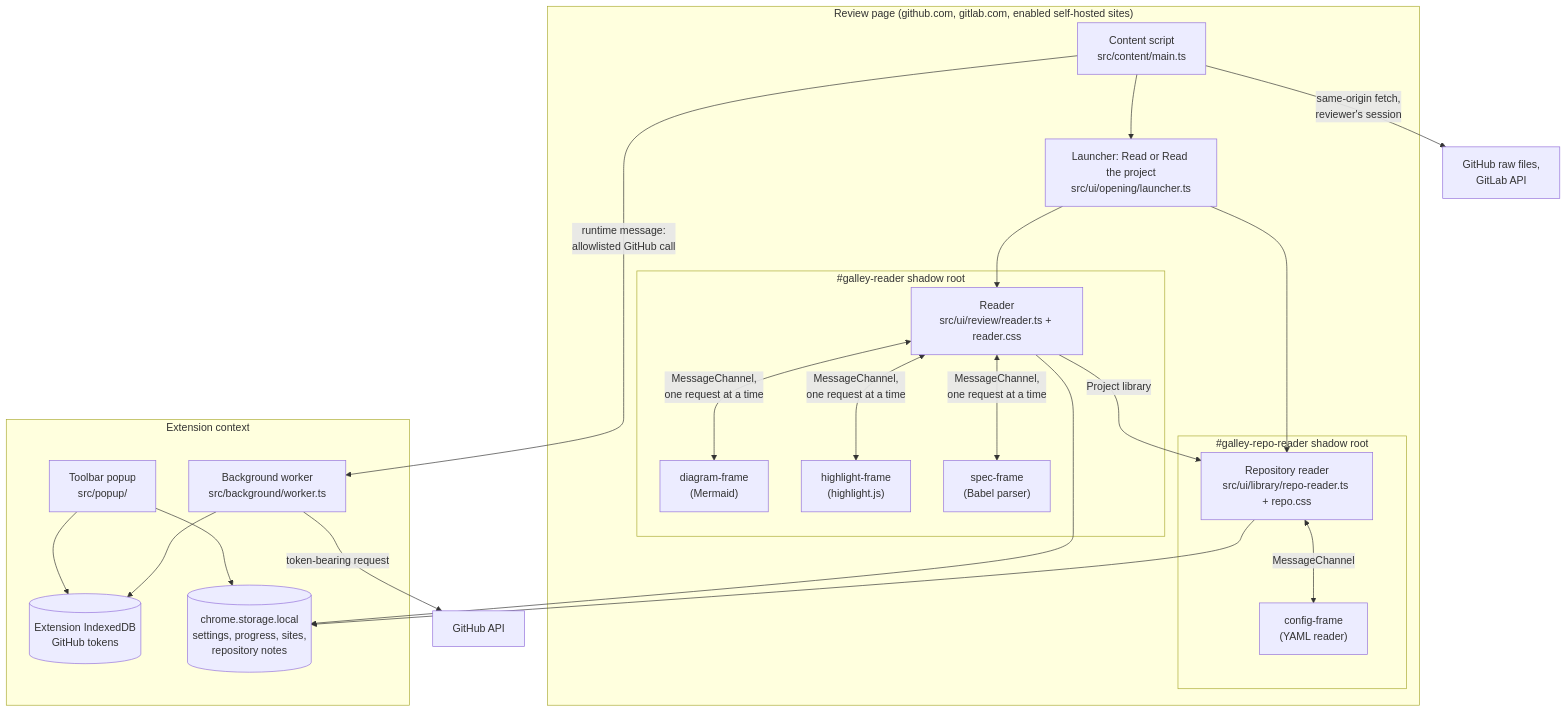
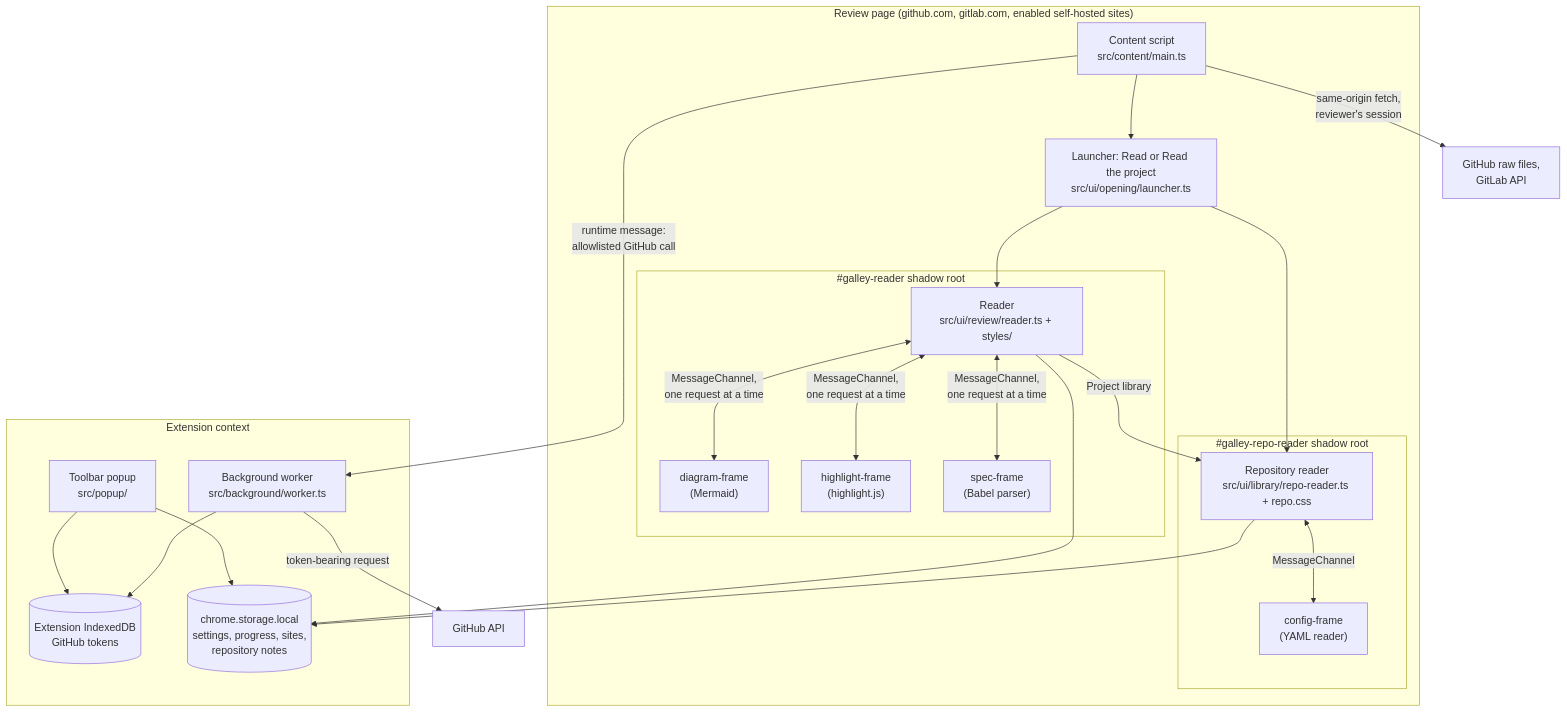
The second of 5 diagrams in docs/architecture/README.md (m9sh/galley), drawn with Mermaid before and after one commit. The commit also changed other lines of this file and 42 other files, not shown here.

First line of the commit message:
refactor(reader): split reader.css into ordered sections

````diff
--- a/docs/architecture/README.md
+++ b/docs/architecture/README.md
@@ -31,36 +31,36 @@
 ```mermaid
 flowchart TB
   subgraph Page["Review page (github.com, gitlab.com, enabled self-hosted sites)"]
     CS["Content script<br/>src/content/main.ts"]
     L["Launcher: Read or Read the project<br/>src/ui/opening/launcher.ts"]
     subgraph Shadow["#galley-reader shadow root"]
-      RD["Reader<br/>src/ui/review/reader.ts + reader.css"]
+      RD["Reader<br/>src/ui/review/reader.ts + styles/"]
       DF["diagram-frame<br/>(Mermaid)"]
       HF["highlight-frame<br/>(highlight.js)"]
       SF["spec-frame<br/>(Babel parser)"]
     end
     subgraph RepoShadow["#galley-repo-reader shadow root"]
       RR["Repository reader<br/>src/ui/library/repo-reader.ts + repo.css"]
       CF["config-frame<br/>(YAML reader)"]
     end
   end
   subgraph Ext["Extension context"]
     W["Background worker<br/>src/background/worker.ts"]
     PU["Toolbar popup<br/>src/popup/"]
     DB[("Extension IndexedDB<br/>GitHub tokens")]
     ST[("chrome.storage.local<br/>settings, progress, sites,<br/>repository notes")]
   end
   CS --> L --> RD
   L --> RR
   RD -- "Project library" --> RR
   RD <-- "MessageChannel,<br/>one request at a time" --> DF & HF & SF
   RR <-- "MessageChannel" --> CF
   RR --> ST
   CS -- "runtime message:<br/>allowlisted GitHub call" --> W
   W --> DB
   PU --> DB
   PU --> ST
   RD --> ST
   W -- "token-bearing request" --> GH["GitHub API"]
   CS -- "same-origin fetch,<br/>reviewer's session" --> PL["GitHub raw files,<br/>GitLab API"]
 ```
````
